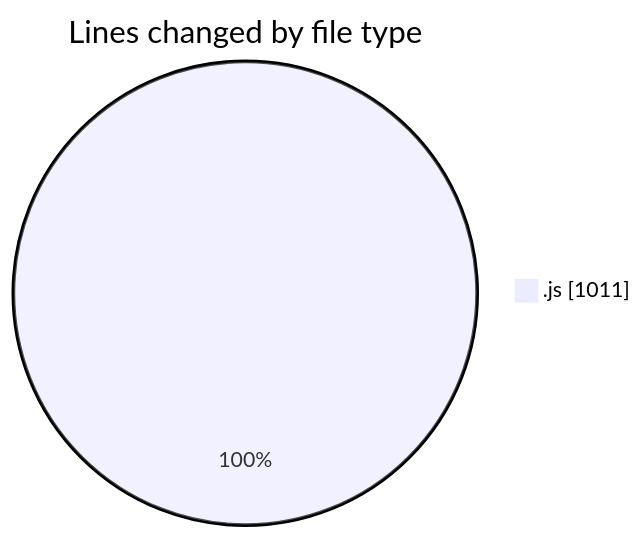
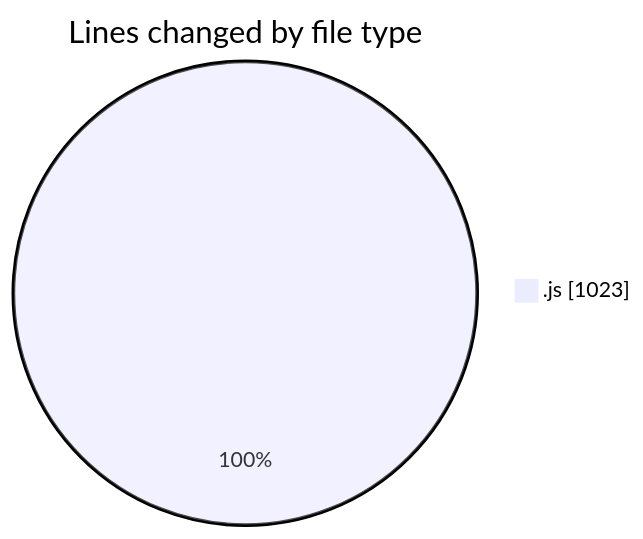
One commit to momahboobian/code-tracking changed the first of 2 diagrams in 2026-02-04/cda/README.md. Above: the diagram before and after it, drawn with Mermaid. The commit also changed other lines of this file and 1 other file, not shown here.

````diff
--- a/2026-02-04/cda/README.md
+++ b/2026-02-04/cda/README.md
@@ -20,5 +20,5 @@
 ```mermaid
 pie showData
 title Lines changed by file type
-".js" : 1011
+".js" : 1023
 ```
````
